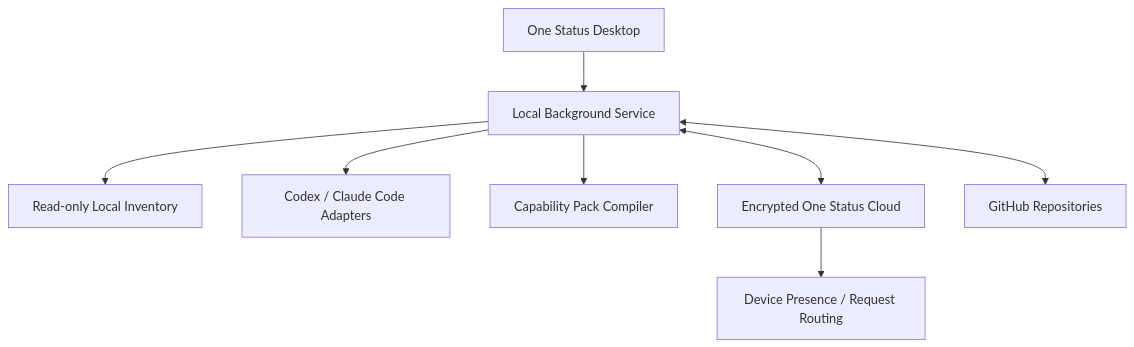
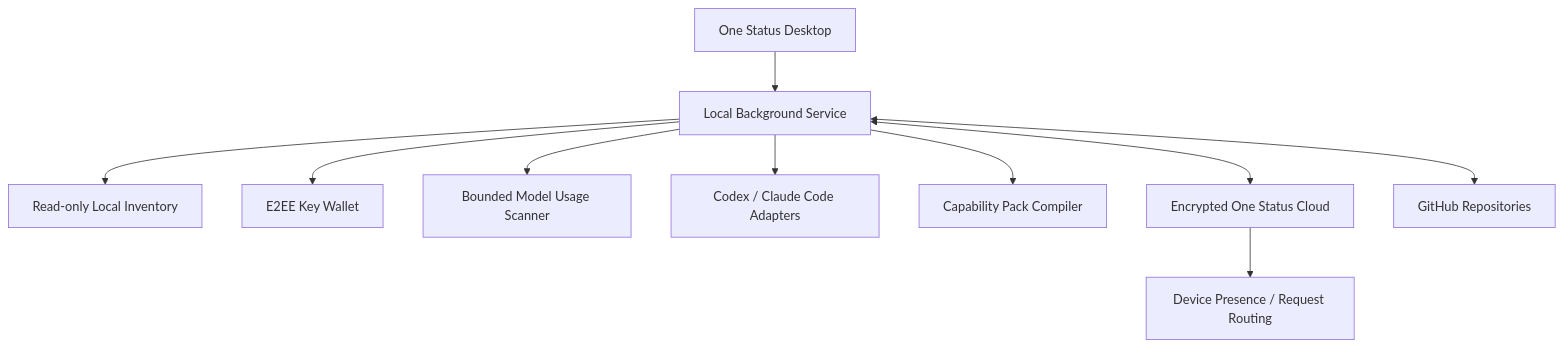
One commit to niyuxuan782/one-status changed the diagram in docs/product-architecture.md. Above: the diagram before and after it, drawn with Mermaid. The commit also changed other lines of this file and 56 other files, not shown here.

Commit message:
feat(one-status): ship encrypted key wallet v0.8

````diff
--- a/docs/product-architecture.md
+++ b/docs/product-architecture.md
@@ -13,10 +13,12 @@
 ```mermaid
 flowchart TD
     Desktop["One Status Desktop"] --> Local["Local Background Service"]
     Local --> Inventory["Read-only Local Inventory"]
+    Local --> Wallet["E2EE Key Wallet"]
+    Local --> Usage["Bounded Model Usage Scanner"]
     Local --> Adapters["Codex / Claude Code Adapters"]
     Local --> Packs["Capability Pack Compiler"]
     Local <--> Cloud["Encrypted One Status Cloud"]
     Local <--> GitHub["GitHub Repositories"]
     Cloud --> Presence["Device Presence / Request Routing"]
 ```
````
